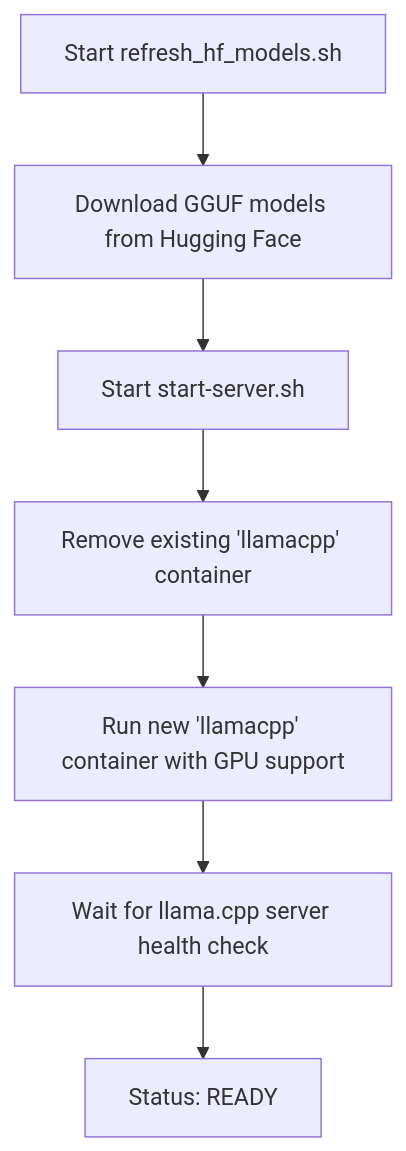
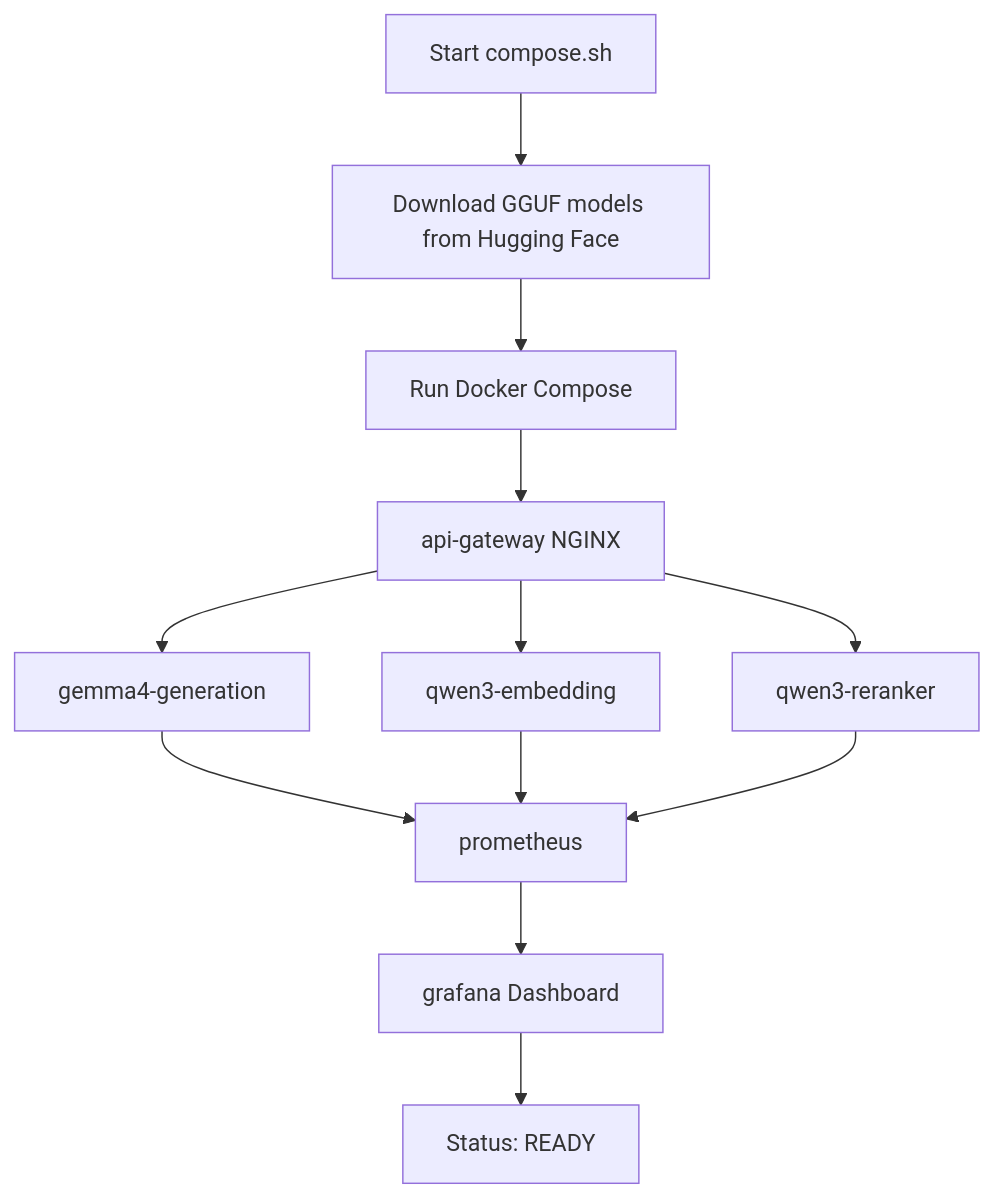
One commit to mustex/turbo-memory changed the diagram in README.md. Above: the diagram before and after it, drawn with Mermaid. The commit also changed other lines of this file, not shown here.

First line of the commit message:
docs: update README to reflect multi-service AI stack architecture

````diff
--- a/README.md
+++ b/README.md
@@ -7,9 +7,14 @@
 ```mermaid
 graph TD
-    A[Start refresh_hf_models.sh] --> B[Download GGUF models from Hugging Face]
-    B --> C[Start start-server.sh]
-    C --> D[Remove existing 'llamacpp' container]
-    D --> E[Run new 'llamacpp' container with GPU support]
-    E --> F[Wait for llama.cpp server health check]
-    F --> G[Status: READY]
+    A[Start compose.sh] --> B[Download GGUF models from Hugging Face]
+    B --> C[Run Docker Compose]
+    C --> D[api-gateway NGINX]
+    D --> E[gemma4-generation]
+    D --> F[qwen3-embedding]
+    D --> G[qwen3-reranker]
+    E --> H[prometheus]
+    F --> H
+    G --> H
+    H --> I[grafana Dashboard]
+    I --> J[Status: READY]
 ```
````
